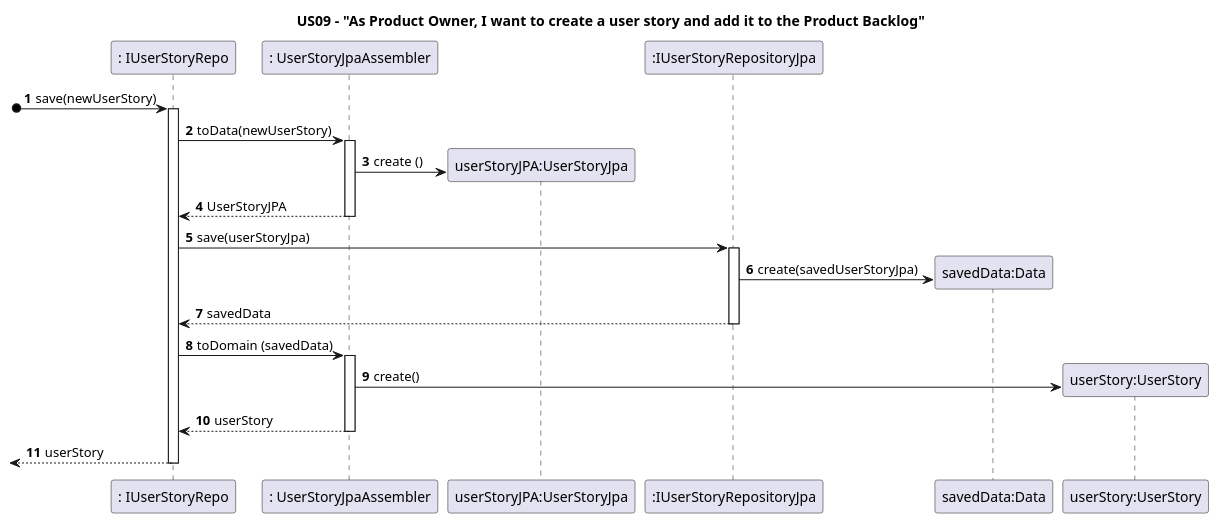
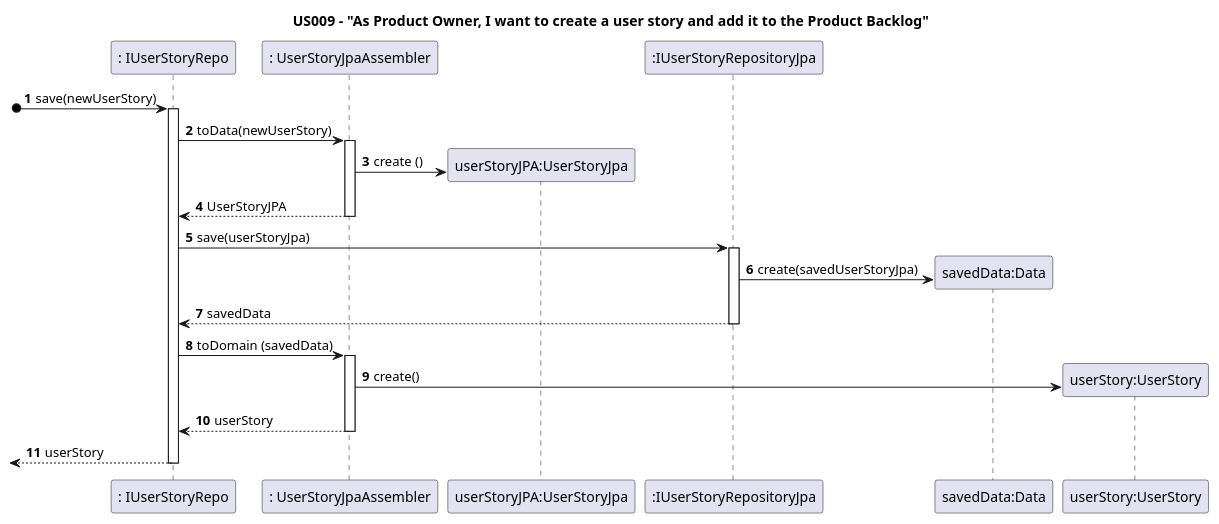
The diagram in docs/Sprint1/US009/US009-SD-JPA.puml (nunogon1211787/projectManagement), drawn with PlantUML before and after one commit. The commit also changed 51 other files, not shown here.

```diff
--- a/docs/Sprint1/US009/US009-SD-JPA.puml
+++ b/docs/Sprint1/US009/US009-SD-JPA.puml
@@ -1,27 +1,27 @@
 @startuml
-title US09 - "As Product Owner, I want to create a user story and add it to the Product Backlog"
+title US009 - "As Product Owner, I want to create a user story and add it to the Product Backlog"
 
 autoactivate on
 autonumber
 
 participant ": IUserStoryRepo" as Repository
 participant ": UserStoryJpaAssembler" as Assembler
 participant "userStoryJPA:UserStoryJpa" as USJPA
 participant ":IUserStoryRepositoryJpa" as Driver
 participant "savedData:Data" as Data
 participant "userStory:UserStory" as US
 
 [o->Repository: save(newUserStory)
 Repository -> Assembler : toData(newUserStory)
 Assembler -> USJPA **: create ()
 Assembler --> Repository : UserStoryJPA
 Repository -> Driver: save(userStoryJpa)
 Driver -> Data**: create(savedUserStoryJpa)
 Driver --> Repository : savedData
 Repository -> Assembler: toDomain (savedData)
 Assembler -> US **: create()
 Assembler --> Repository :userStory
 
 [<--Repository: userStory
 
 @enduml
```
